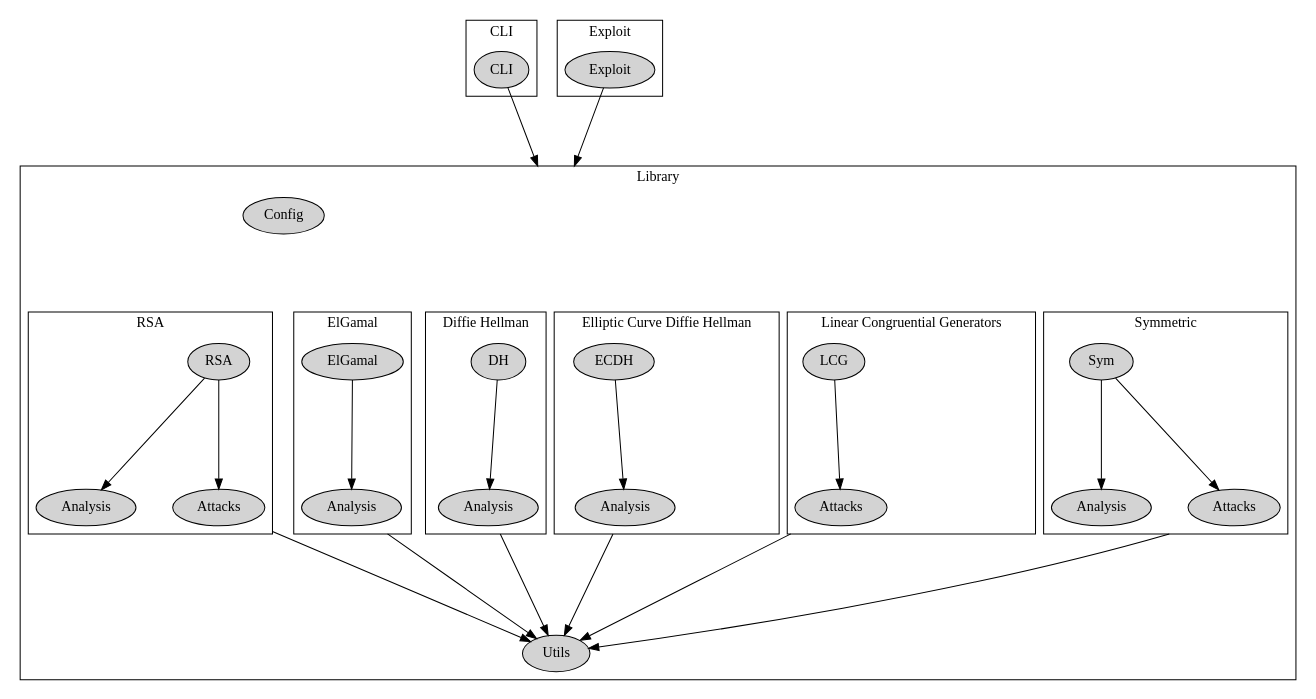
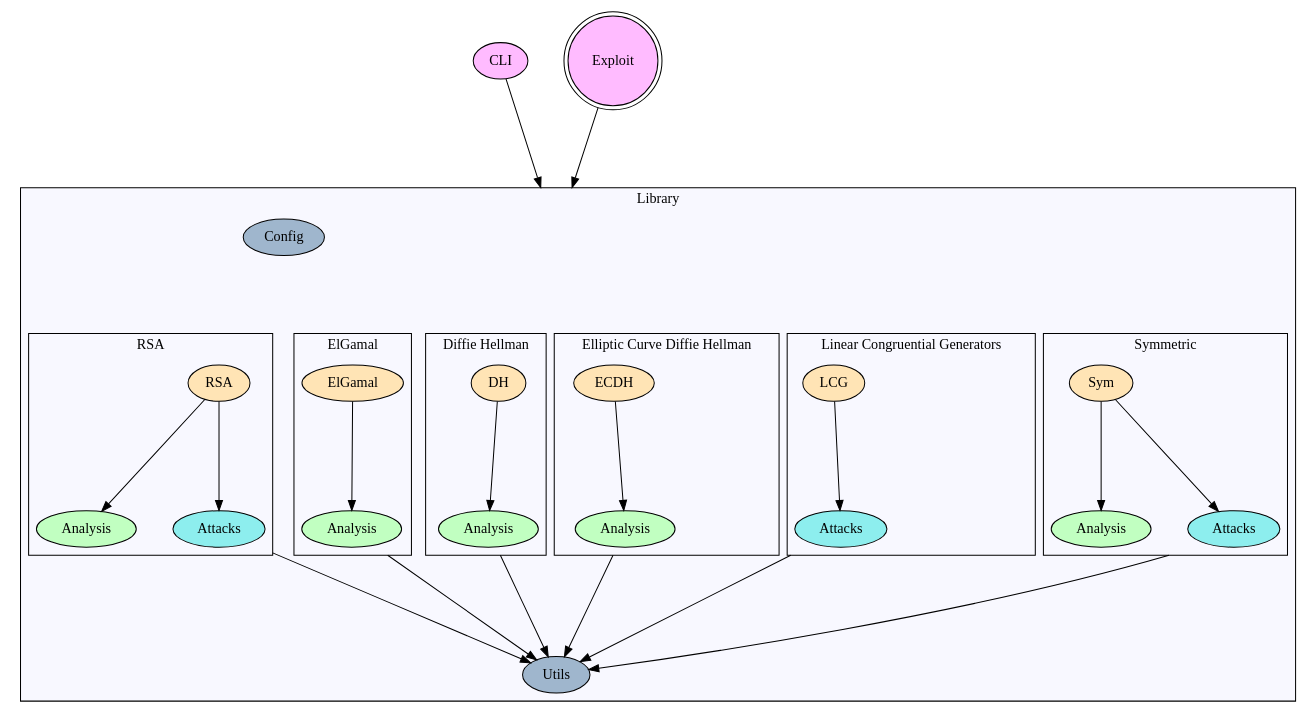
The diagram in doc/figures/architecture.dot (establishingsecurity/CAT), drawn with Graphviz before and after one commit.

Commit message:
Architecture graph with colors

```diff
--- a/doc/figures/architecture.dot
+++ b/doc/figures/architecture.dot
@@ -1,85 +1,77 @@
 digraph G {
-    node [style=filled];
+    node [style=filled, fillcolor=moccasin];
 
-    graph [nodesep="0.5", ranksep="1.5", compound=true];
+    graph [nodesep="0.5", ranksep="1.5", compound=true, fillcolor=transparent];
     subgraph cluster_lib {
+	style=filled;
+	fillcolor=ghostwhite;
 	subgraph cluster_rsa {
 		rsa [label="RSA"];
-		rsaanalysis [label="Analysis"];
-		rsaattacks [label="Attacks"];
+		rsaanalysis [label="Analysis", fillcolor=darkseagreen1];
+		rsaattacks [label="Attacks", fillcolor=darkslategray2];
 		rsa -> rsaanalysis;
 		rsa -> rsaattacks;
 		label = "RSA";
 	}
 
 	subgraph cluster_eg {
 		eg [label="ElGamal"];
-		eganalysis [label="Analysis"];
+		eganalysis [label="Analysis", fillcolor=darkseagreen1];
 		eg -> eganalysis;
 		label = "ElGamal";
 	}
 	subgraph cluster_dh {
 		dh [label="DH"];
-		dhanalysis [label="Analysis"];
+		dhanalysis [label="Analysis", fillcolor=darkseagreen1];
 		dh -> dhanalysis;
 		label = "Diffie Hellman";
 	}
 	subgraph cluster_ecdh {
 		ecdh [label="ECDH"];
-		ecdhanalysis [label="Analysis"];
+		ecdhanalysis [label="Analysis", fillcolor=darkseagreen1];
 		ecdh -> ecdhanalysis;
 		label = "Elliptic Curve Diffie Hellman";
 	}
 	subgraph cluster_lcg {
 		lcg [label="LCG"];
-		lcgattacks [label="Attacks"];
+		lcgattacks [label="Attacks", fillcolor=darkslategray2];
 		lcg -> lcgattacks;
 		label = "Linear Congruential Generators";
 	}
 
 	subgraph cluster_sym {
 		sym [label="Sym"];
-		symanalysis [label="Analysis"];
-		symattacks [label="Attacks"];
+		symanalysis [label="Analysis", fillcolor=darkseagreen1];
+		symattacks [label="Attacks", fillcolor=darkslategray2];
 		sym -> symanalysis;
 		sym -> symattacks;
 		label = "Symmetric";
 	}
 	libentry [style = invis];
 	libentry -> rsa [ style = invis ];
 	libentry -> eg [ style = invis ];
 	libentry -> dh [ style = invis ];
 	libentry -> ecdh [ style = invis ];
 	libentry -> lcg [ style = invis ];
 	libentry -> sym [ style = invis ];
 
-	config [label = "Config"];
-	util [label = "Utils"];
+	config [label = "Config", fillcolor=slategray3];
+	util [label = "Utils", fillcolor=slategray3];
 	rsaattacks -> util [ltail=cluster_rsa];
 	/* rsaanalysis -> util [ltail=cluster_rsa]; */
 	eganalysis -> util [ltail=cluster_eg];
 	dhanalysis -> util [ltail=cluster_dh];
 	ecdhanalysis -> util [ltail=cluster_ecdh];
 	lcgattacks -> util [ltail=cluster_lcg];
 	symattacks -> util [ltail=cluster_sym];
 	/* symanalysis -> util [ltail=cluster_sym]; */
 	label = "Library";
     }
 
+    cli [label = "CLI", fillcolor=plum1];
+    cli -> libentry[lhead=cluster_lib];
 
-
-    subgraph cluster_cli {
-	    cli [label = "CLI"];
-	    label = "CLI";
-
-	    cli -> libentry[lhead=cluster_lib];
-    }
-
-    subgraph cluster_exp {
-	    exp [label = "Exploit"];
-	    label = "Exploit";
-
-	    exp -> libentry[lhead=cluster_lib];
-    }
+    exp [label = "Exploit", shape="doublecircle", fillcolor=plum1];
+    exp -> libentry[lhead=cluster_lib];
 
 }
```
